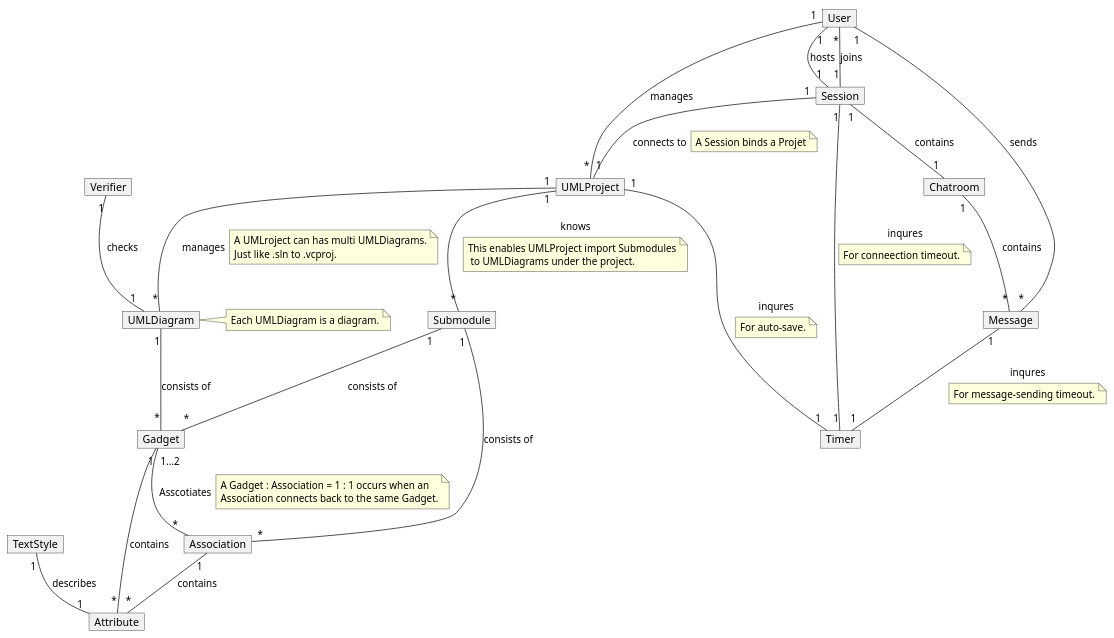
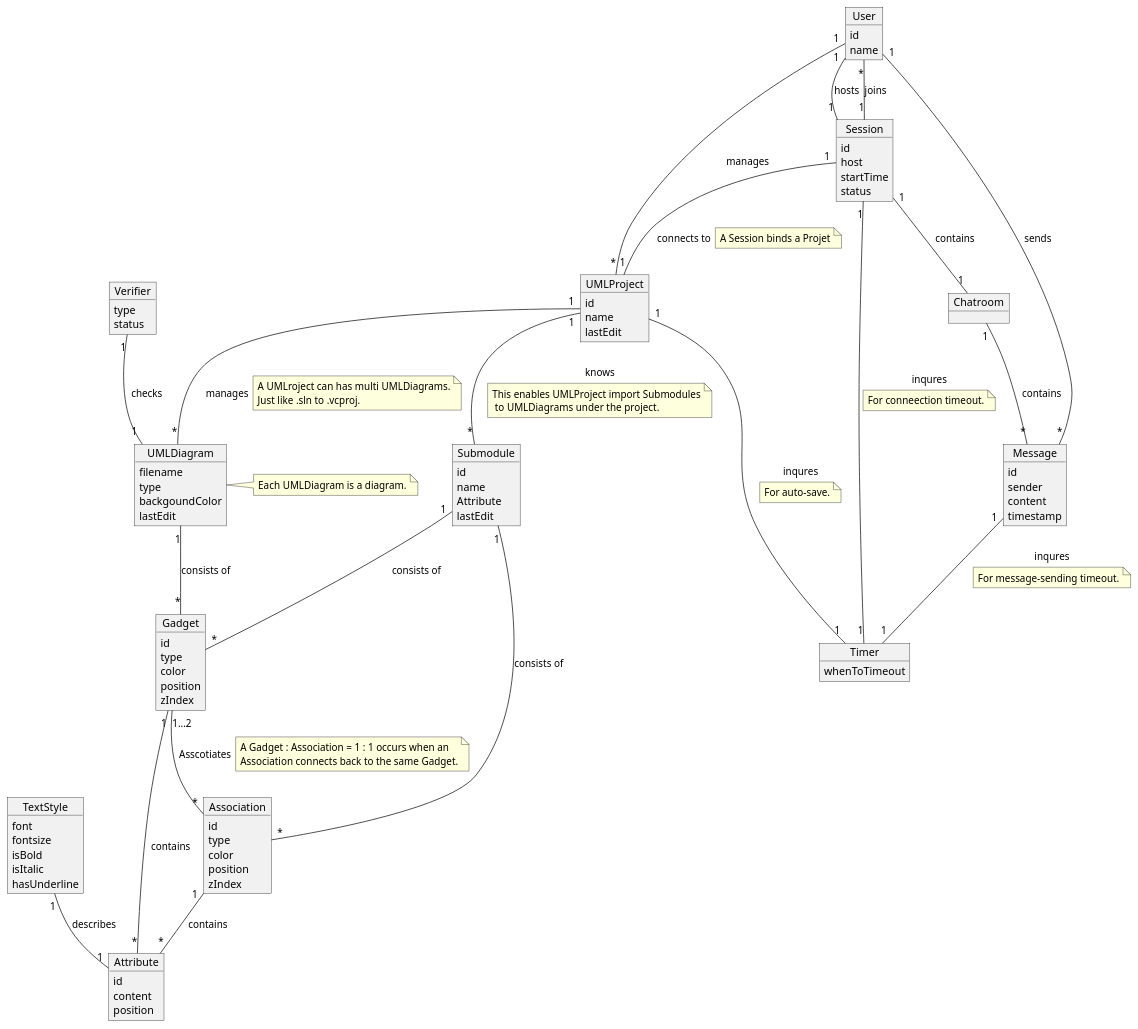
The diagram in docs/graphs/dm.iuml (Vghxv/Dr.UML__________________), drawn with PlantUML before and after one commit. The commit also changed 74 other files, not shown here.

```diff
--- a/docs/graphs/dm.iuml
+++ b/docs/graphs/dm.iuml
@@ -1,144 +1,144 @@
 @startuml
 hide circle
-hide method
-hide attribute
-hide link
+'hide method
+'hide attribute
+'hide link
 
 
     object User {
         id
         name
     }
 
     object UMLProject {
         id
         name
         lastEdit
     }
 
     object UMLDiagram {
         filename
         type
         backgoundColor
         lastEdit
     }
     note right
         Each UMLDiagram is a diagram.
     end note
 
     object Gadget {
         id
         type
         color
         position
         zIndex
     }
 
     object Association {
         id
         type
         color
         position
         zIndex
     }
 
     object Submodule {
         id
         name
         Attribute
         lastEdit
     }
 
     object Session {
         id
         host
         startTime
         status
     }
 
     object Chatroom {
 
     }
 
     object Message {
         id
         sender
         content
         timestamp
     }
 
     object Attribute {
         id
         content
         position
     }
 
     object TextStyle {
         font
         fontsize
         isBold
         isItalic
         hasUnderline
     }
 
     object Timer {
         whenToTimeout
     }
 
 
     object Verifier {
         type
         status
     }
 
 
     User "1" -- "*" UMLProject : manages
     UMLProject "1" -- "*" UMLDiagram : manages
     note right on link
         A UMLroject can has multi UMLDiagrams.
         Just like .sln to .vcproj.
     end note
 
     UMLDiagram "1" -- "*" Gadget : consists of
     Submodule "1" -- "*" Gadget : consists of
     Submodule "1" -- "*" Association : consists of
     Gadget "1" -- "*" Attribute : contains
     Association  "1" -- "*" Attribute : contains
     Gadget "1...2" -- "*" Association : Asscotiates
     note right on link
         A Gadget : Association = 1 : 1 occurs when an
         Association connects back to the same Gadget.
     end note
     UMLProject  "1" -- "*" Submodule : knows
     note bottom on link
         This enables UMLProject import Submodules
          to UMLDiagrams under the project.
     end note
 
     User "1" -- "1" Session : hosts
     User  "*" -- "1" Session : joins
     Session "1" -- "1" UMLProject : connects to
     note right on link
         A Session binds a Projet
     end note
     Session "1" -- "1" Chatroom : contains
     Chatroom "1" -- "*" Message : contains
     User "1" -- "*" Message : sends
     TextStyle "1" -- "1" Attribute : describes
     UMLProject "1" -- "1" Timer : inqures
     note bottom on link
         For auto-save.
     end note
     Session "1" -- "1" Timer : inqures
     note bottom on link
             For conneection timeout.
     end note
     Message "1" -- "1" Timer : inqures
     note bottom on link
             For message-sending timeout.
     end note
     Verifier "1" -- "1" UMLDiagram : checks
 
 
 
 @endtuml
```
